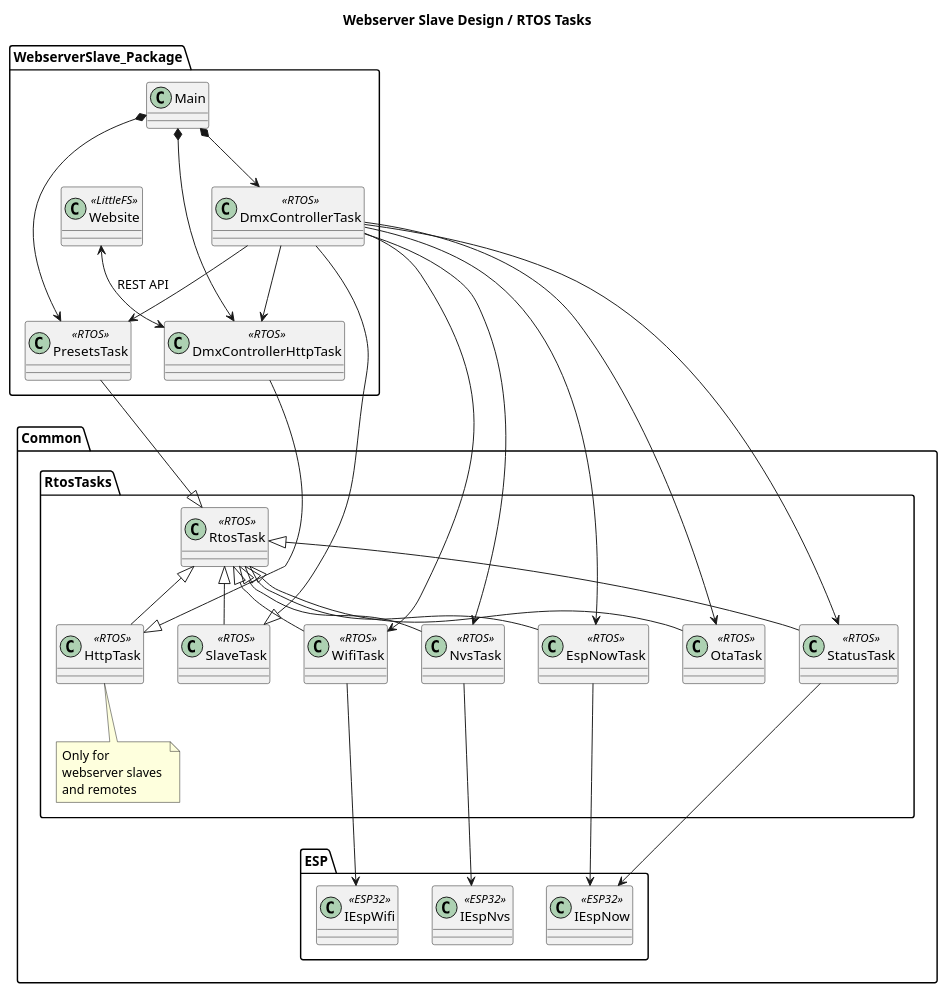
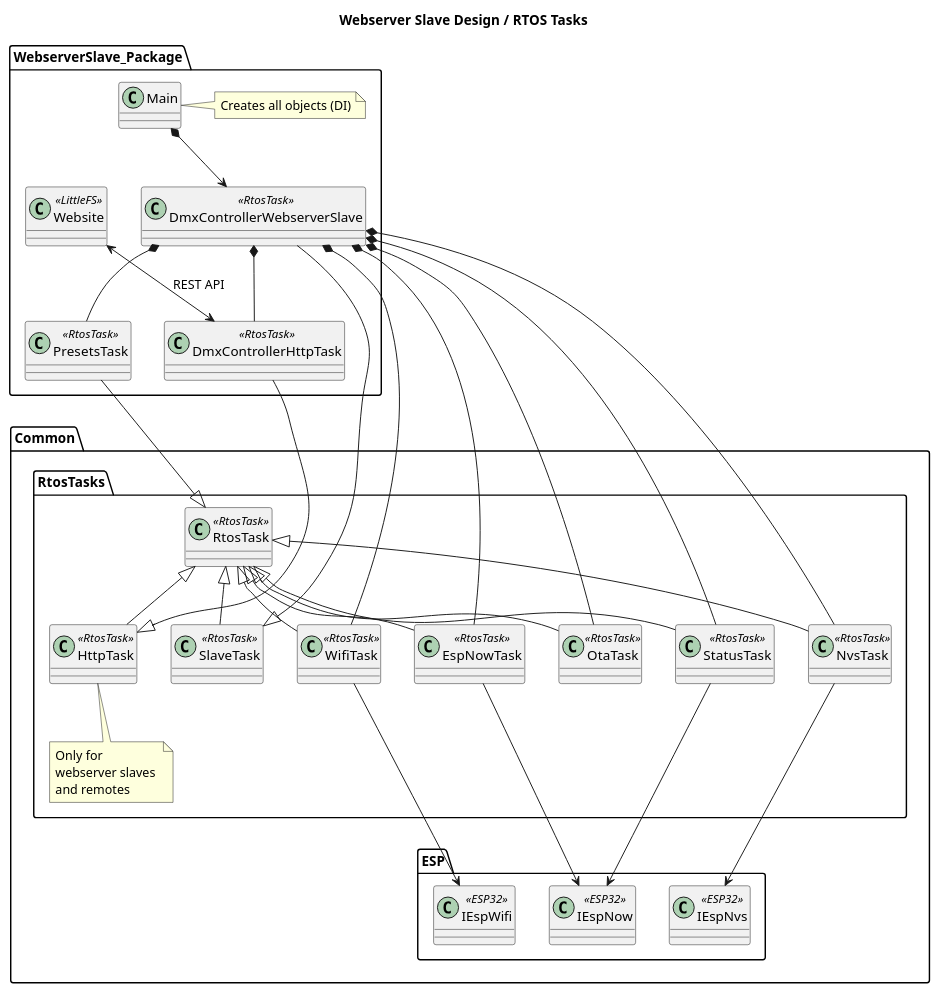
One commit to michelkeijzers/Esp32Framework changed the first of 4 diagrams in docs/requirements_and_dds/slaves/webserver_slave.puml. Above: the diagram before and after it, drawn with PlantUML. The commit also changed other lines of this file and 10 other files, not shown here.

Commit message:
Mock Esp now renaming, removed handler

```diff
--- a/docs/requirements_and_dds/slaves/webserver_slave.puml
+++ b/docs/requirements_and_dds/slaves/webserver_slave.puml
@@ -1,76 +1,77 @@
 @startuml 
 
 title Webserver Slave Design / RTOS Tasks
 
 package WebserverSlave_Package
 {
     class Main {}
+    note right of Main
+        Creates all objects (DI)
+    end note
 
-    class DmxControllerTask <<RTOS>> {}
+    class DmxControllerWebserverSlave <<RtosTask>> {}
 
     class Website <<LittleFS>>
 
-    class DmxControllerHttpTask <<RTOS>> {}
-    class PresetsTask <<RTOS>> {}
+    class DmxControllerHttpTask <<RtosTask>> {}
+    class PresetsTask <<RtosTask>> {}
 
-    Main *--> DmxControllerTask
-    Main *--> DmxControllerHttpTask
-    Main *--> PresetsTask
-
+    Main *--> DmxControllerWebserverSlave
+    
     Website <--> DmxControllerHttpTask : REST API
 }
 
 package Common 
 {
     package RtosTasks
     {
-        class RtosTask <<RTOS>> {}
+        class RtosTask <<RtosTask>> {}
 
-        class SlaveTask <<RTOS>> {}
-        class HttpTask <<RTOS>> {}
+        class SlaveTask <<RtosTask>> {}
+        class HttpTask <<RtosTask>> {}
         note bottom of HttpTask
             Only for
             webserver slaves 
             and remotes
         end note        
-        class WifiTask <<RTOS>> {}
-        class EspNowTask <<RTOS>> {}
-        class OtaTask <<RTOS>> {}
-        class StatusTask <<RTOS>> {}
-        class NvsTask <<RTOS>> {}
+        class WifiTask <<RtosTask>> {}
+        class EspNowTask <<RtosTask>> {}
+        class OtaTask <<RtosTask>> {}
+        class StatusTask <<RtosTask>> {}
+        class NvsTask <<RtosTask>> {}
 
         SlaveTask -u-|> RtosTask
         HttpTask -u-|> RtosTask
         WifiTask -u-|> RtosTask
         EspNowTask -u-|> RtosTask
         OtaTask -u-|> RtosTask
         StatusTask -u-|> RtosTask
         NvsTask -u-|> RtosTask
         
     }
     package ESP
     {
         class IEspWifi <<ESP32>> {}
         class IEspNow <<ESP32>> {}
         class IEspNvs <<ESP32>> {}
     }
 
     StatusTask ---> IEspNow
     WifiTask ---> IEspWifi
     EspNowTask ---> IEspNow
     NvsTask ---> IEspNvs
 }
 
-DmxControllerTask --|> SlaveTask
+DmxControllerWebserverSlave --|> SlaveTask
 DmxControllerHttpTask --|> HttpTask
 PresetsTask --|> RtosTask
 
-DmxControllerTask --> DmxControllerHttpTask
-DmxControllerTask --> PresetsTask
-DmxControllerTask --> StatusTask
-DmxControllerTask --> EspNowTask
-DmxControllerTask --> WifiTask
-DmxControllerTask --> OtaTask
-DmxControllerTask --> NvsTask
+DmxControllerWebserverSlave *-- DmxControllerHttpTask
+DmxControllerWebserverSlave *-- PresetsTask
+DmxControllerWebserverSlave *-- StatusTask
+DmxControllerWebserverSlave *-- EspNowTask
+DmxControllerWebserverSlave *-- WifiTask
+DmxControllerWebserverSlave *-- OtaTask
+DmxControllerWebserverSlave *-- NvsTask
 
 @enduml
```
